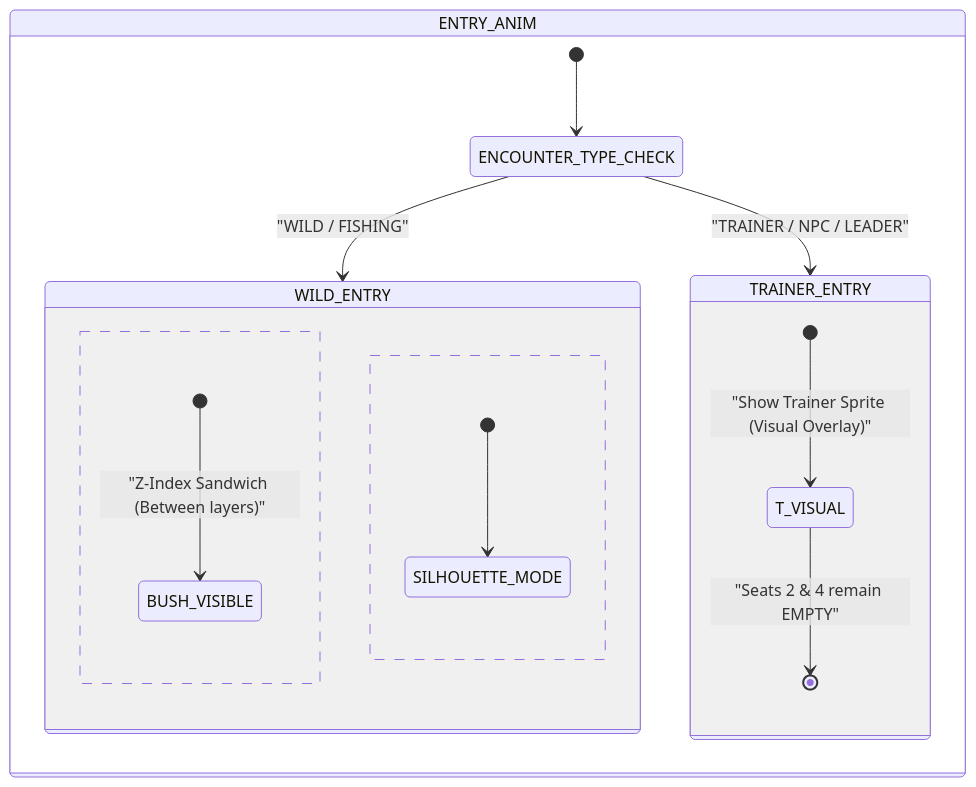
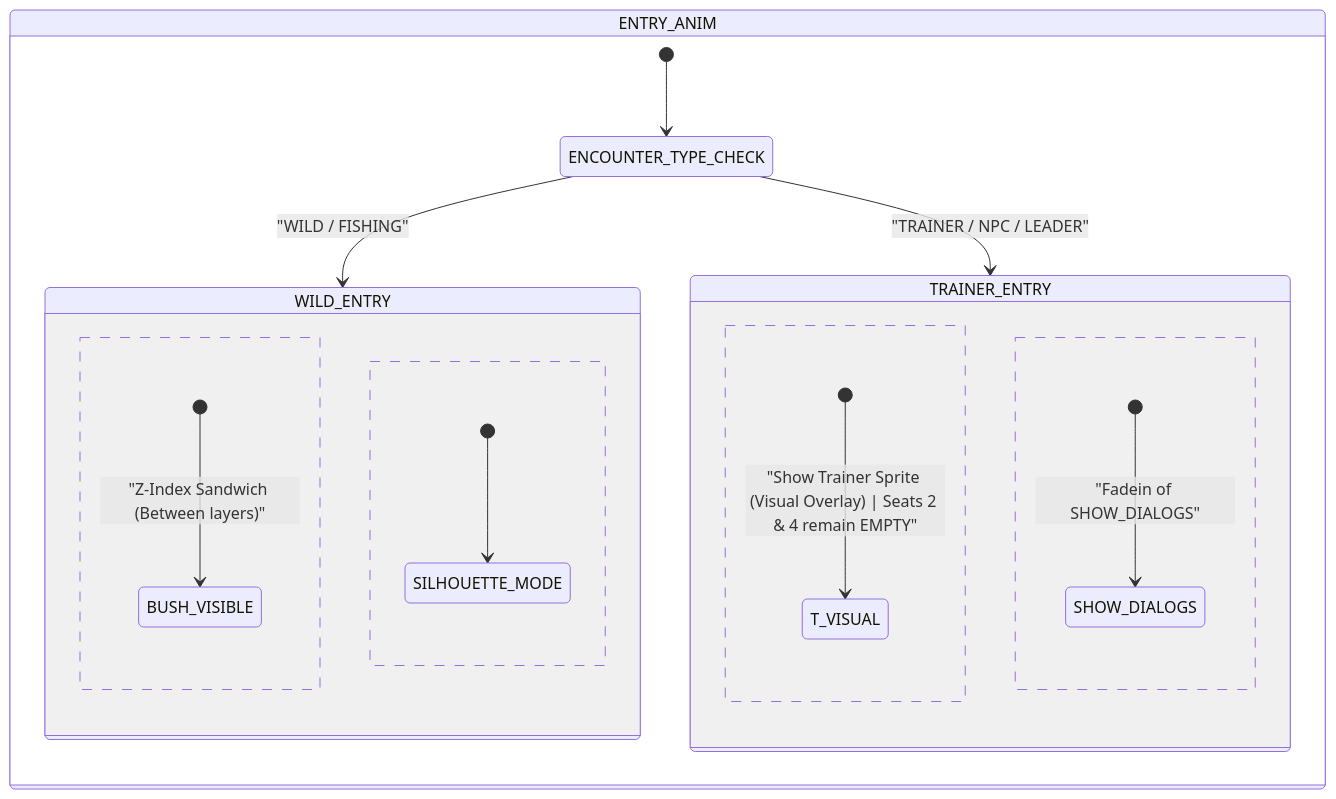
One commit to Darkham77/PokeBorrador changed diagram 16 of 18 in .agents/skills/project-standards/references/battle/battle_mechanics_manual.md. Above: the diagram before and after it, drawn with Mermaid. The commit also changed other lines of this file and 3049 other files, not shown here.

````diff
--- a/.agents/skills/project-standards/references/battle/battle_mechanics_manual.md
+++ b/.agents/skills/project-standards/references/battle/battle_mechanics_manual.md
@@ -831,21 +858,22 @@
 ```mermaid
 stateDiagram-v2
     state ENTRY_ANIM {
         [*] --> ENCOUNTER_TYPE_CHECK
         state ENCOUNTER_TYPE_CHECK <<choice>>
-        
+
         ENCOUNTER_TYPE_CHECK --> WILD_ENTRY: "WILD / FISHING"
         ENCOUNTER_TYPE_CHECK --> TRAINER_ENTRY: "TRAINER / NPC / LEADER"
-        
+
         state TRAINER_ENTRY {
-            [*] --> T_VISUAL: "Show Trainer Sprite (Visual Overlay)"
-            T_VISUAL --> [*]: "Seats 2 & 4 remain EMPTY"
+            [*] --> T_VISUAL: "Show Trainer Sprite (Visual Overlay) | Seats 2 & 4 remain EMPTY"
+            --
+            [*] --> SHOW_DIALOGS: "Fadein of SHOW_DIALOGS"
         }
-        
+
         state WILD_ENTRY {
             [*] --> BUSH_VISIBLE: "Z-Index Sandwich (Between layers)"
             --
             [*] --> SILHOUETTE_MODE
         }
     }
 ```
````
